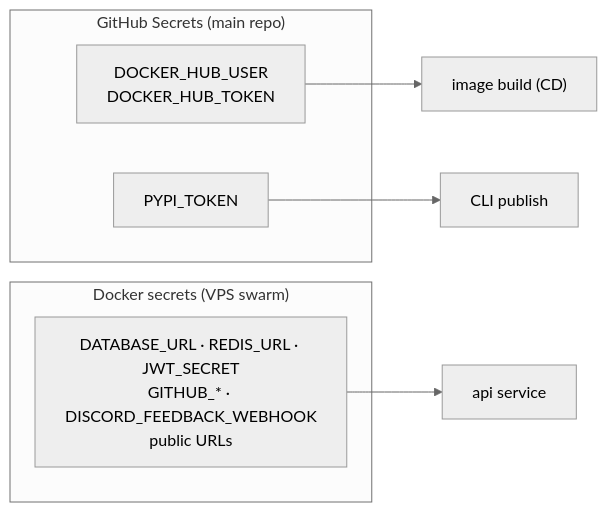
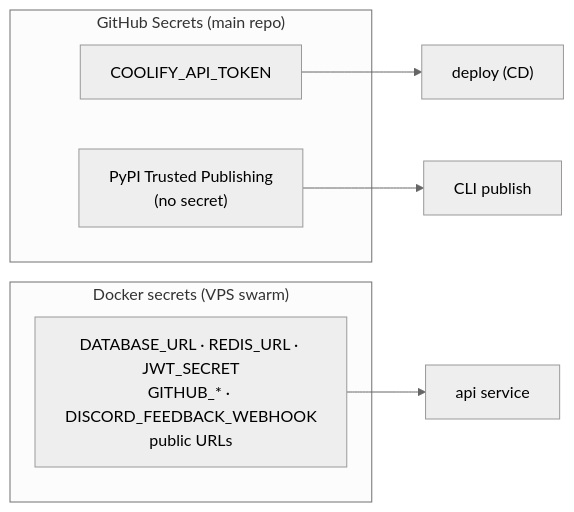
The fifth of 12 diagrams in docs/infrastructure.md (BorderlessCodingHub/applika), drawn with Mermaid (neutral theme) before and after one commit. The commit also changed other lines of this file and 2 other files, not shown here.

First line of the commit message:
docs: describe the GHCR, Coolify and Trusted Publishing pipeline

````diff
--- a/docs/infrastructure.md
+++ b/docs/infrastructure.md
@@ -190,13 +194,13 @@
 ```mermaid
 flowchart LR
     subgraph ghs["GitHub Secrets (main repo)"]
-        dh["DOCKER_HUB_USER<br/>DOCKER_HUB_TOKEN"]
-        py["PYPI_TOKEN"]
+        dh["COOLIFY_API_TOKEN"]
+        py["PyPI Trusted Publishing<br/>(no secret)"]
     end
     subgraph ds["Docker secrets (VPS swarm)"]
         rt["DATABASE_URL · REDIS_URL · JWT_SECRET<br/>GITHUB_* · DISCORD_FEEDBACK_WEBHOOK<br/>public URLs"]
     end
-    dh --> cd["image build (CD)"]
+    dh --> cd["deploy (CD)"]
     py --> cli["CLI publish"]
     rt --> api["api service"]
 ```
````
